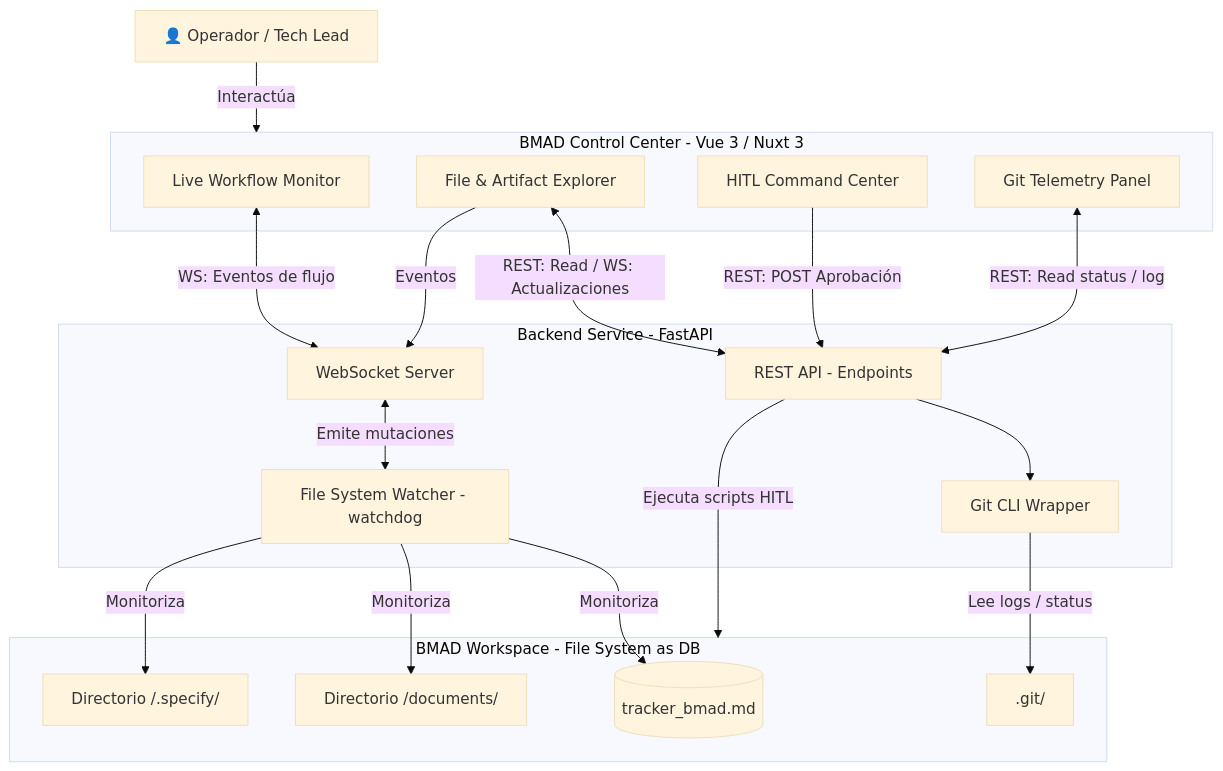
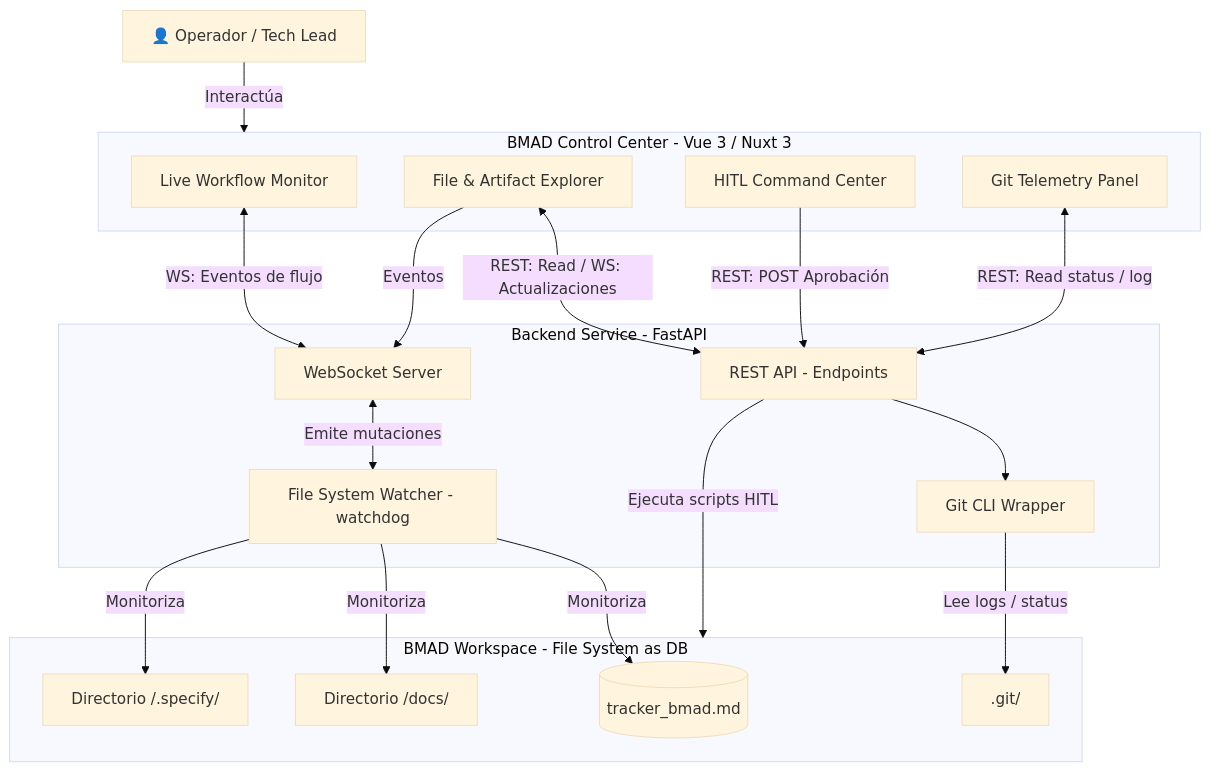
The diagram in bmad-control-center/paths/tech-design-dashboard.md (pauloravicaceres/template-bmad), drawn with Mermaid (base theme) before and after one commit. The commit also changed other lines of this file and 93 other files, not shown here.

````diff
--- a/bmad-control-center/paths/tech-design-dashboard.md
+++ b/bmad-control-center/paths/tech-design-dashboard.md
@@ -12,56 +12,56 @@
 ```mermaid
 flowchart TD
 
     %% =========================
     %% COMPONENTES
     %% =========================
 
     User["👤 Operador / Tech Lead"]
 
     subgraph Frontend["BMAD Control Center - Vue 3 / Nuxt 3"]
         UI_Monitor["Live Workflow Monitor"]
         UI_Explorer["File & Artifact Explorer"]
         UI_HITL["HITL Command Center"]
         UI_Git["Git Telemetry Panel"]
     end
 
     subgraph Backend["Backend Service - FastAPI"]
         API_REST["REST API - Endpoints"]
         WS_Server["WebSocket Server"]
         FS_Watcher["File System Watcher - watchdog"]
         Git_Wrapper["Git CLI Wrapper"]
     end
 
     subgraph FileSystem["BMAD Workspace - File System as DB"]
         Tracker[("tracker_bmad.md")]
-        FilesDir["Directorio /documents/"]
+        FilesDir["Directorio /docs/"]
         SpecifyDir["Directorio /.specify/"]
         GitRepo[".git/"]
     end
 
     %% =========================
     %% RELACIONES
     %% =========================
 
     User -->|Interactúa| Frontend
 
     UI_Monitor <-->|WS: Eventos de flujo| WS_Server
 
     UI_Explorer <-->|REST: Read / WS: Actualizaciones| API_REST
     UI_Explorer -->|Eventos| WS_Server
 
     UI_HITL -->|REST: POST Aprobación| API_REST
 
     UI_Git <-->|REST: Read status / log| API_REST
 
     API_REST -->|Ejecuta scripts HITL| FileSystem
     API_REST --> Git_Wrapper
 
     WS_Server <-->|Emite mutaciones| FS_Watcher
 
     FS_Watcher -->|Monitoriza| Tracker
     FS_Watcher -->|Monitoriza| FilesDir
     FS_Watcher -->|Monitoriza| SpecifyDir
 
     Git_Wrapper -->|Lee logs / status| GitRepo
 ```
````
